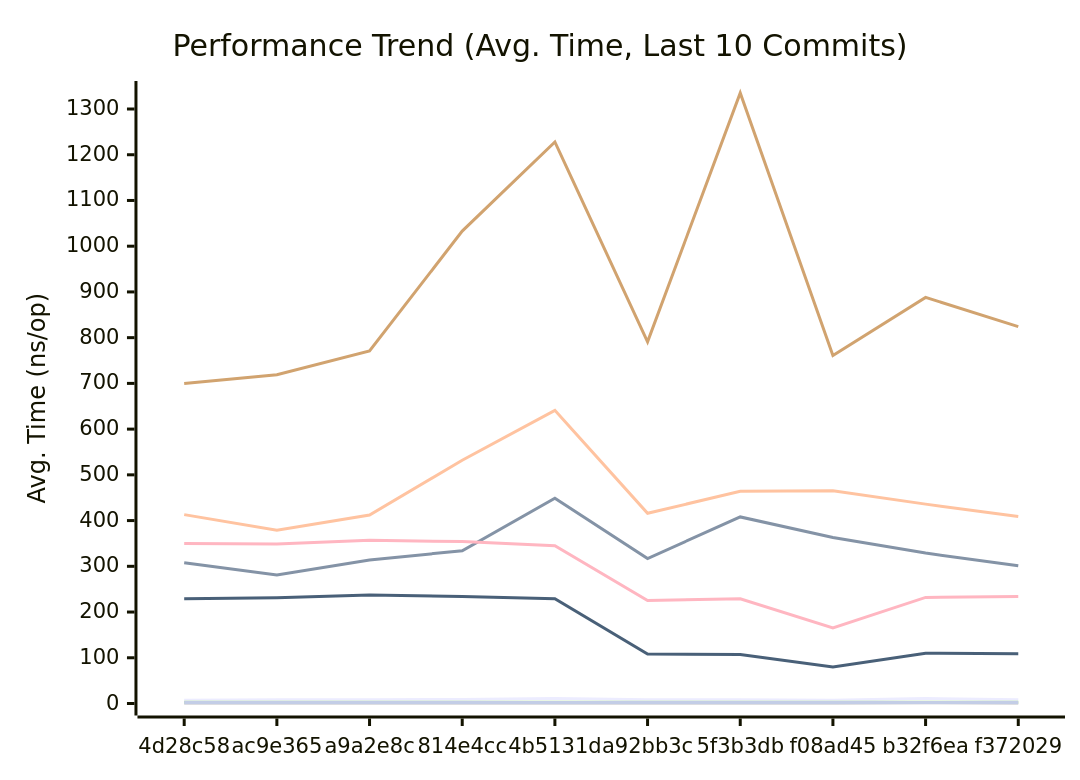
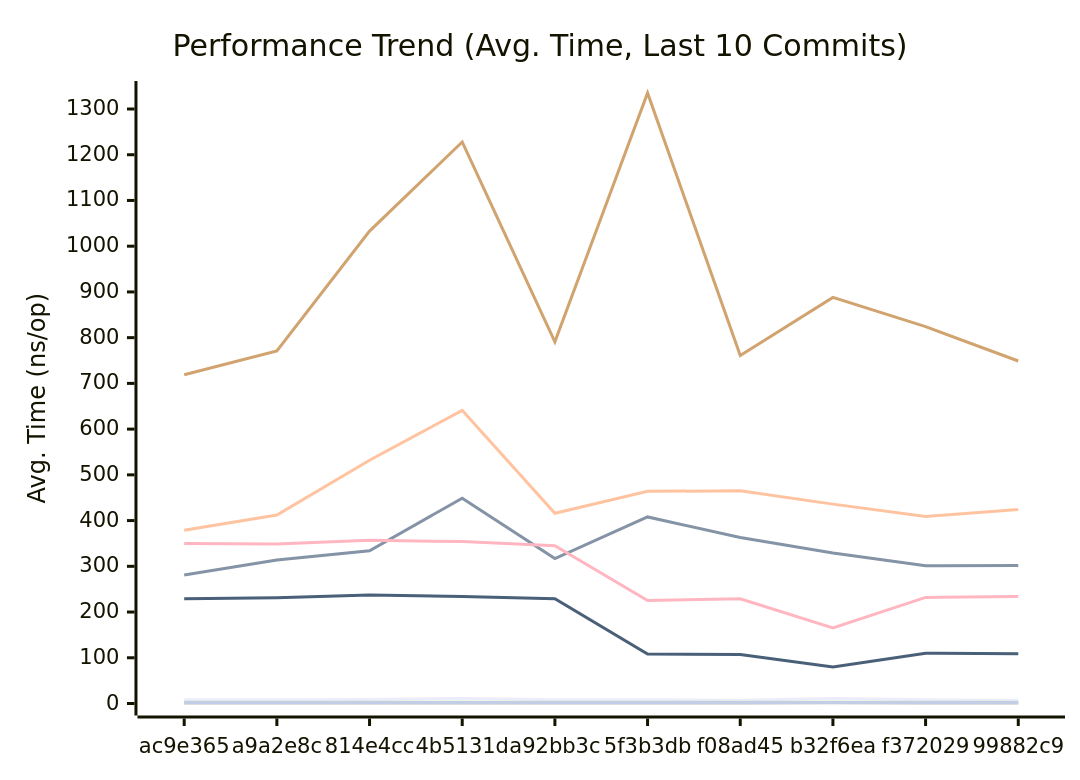
Before and after one commit to alsotoes/momo: the first of 3 diagrams in docs/PERFORMANCE.md, drawn with Mermaid. The commit also changed other lines of this file and 6 other files, not shown here.

````diff
--- a/docs/PERFORMANCE.md
+++ b/docs/PERFORMANCE.md
@@ -80,16 +80,16 @@
 ```mermaid
 xychart-beta
     title "Performance Trend (Avg. Time, Last 10 Commits)"
     x-axis "Commit"
     y-axis "Avg. Time (ns/op)"
-    x-axis [4d28c58,ac9e365,a9a2e8c,814e4cc,4b5131d,a92bb3c,5f3b3db,f08ad45,b32f6ea,f372029]
-    line "CheckMetricsAndSwap" [7,8,8,9,11,8,8,7,11,8]
-    line "CrushOptimized" [308,281,314,334,449,317,408,363,329,301]
-    line "CrushOriginal" [413,379,412,532,641,416,464,465,436,409]
-    line "IndexDirectTracking" [0,0,0,0,0,0,0,0,1,0]
+    x-axis [ac9e365,a9a2e8c,814e4cc,4b5131d,a92bb3c,5f3b3db,f08ad45,b32f6ea,f372029,99882c9]
+    line "CheckMetricsAndSwap" [8,8,9,11,8,8,7,11,8,7]
+    line "CrushOptimized" [281,314,334,449,317,408,363,329,301,302]
+    line "CrushOriginal" [379,412,532,641,416,464,465,436,409,424]
+    line "IndexDirectTracking" [0,0,0,0,0,0,0,1,0,0]
     line "IndexSearch" [3,3,3,3,3,3,3,3,3,3]
-    line "LoadGlobalConfig" [700,719,771,1033,1228,791,1335,761,888,824]
+    line "LoadGlobalConfig" [719,771,1033,1228,791,1335,761,888,824,749]
     line "PadString" [2,2,2,2,2,2,2,2,2,2]
     line "ParseReplicationOrder_NoPrealloc" [350,349,357,354,345,225,229,165,232,234]
     line "ParseReplicationOrder_Prealloc" [229,231,237,234,229,108,107,80,110,109]
 ```
````
